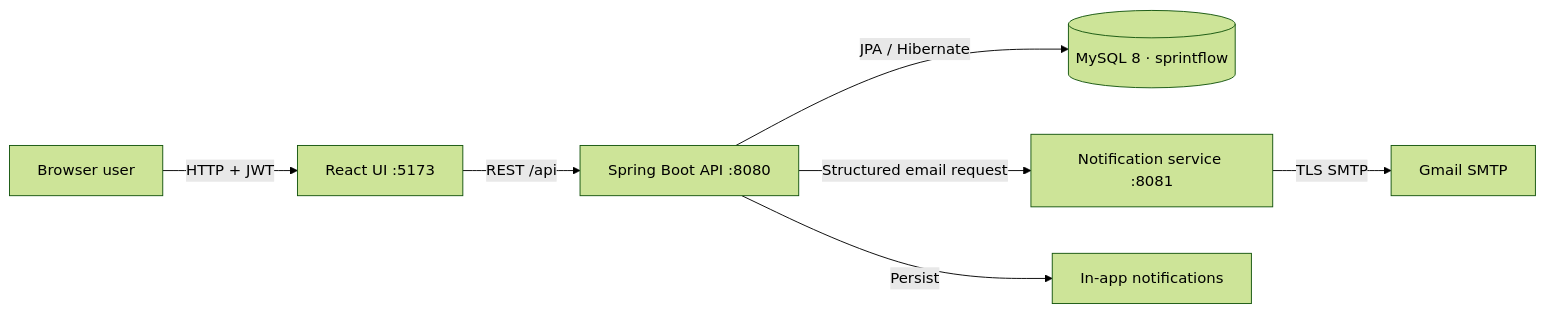
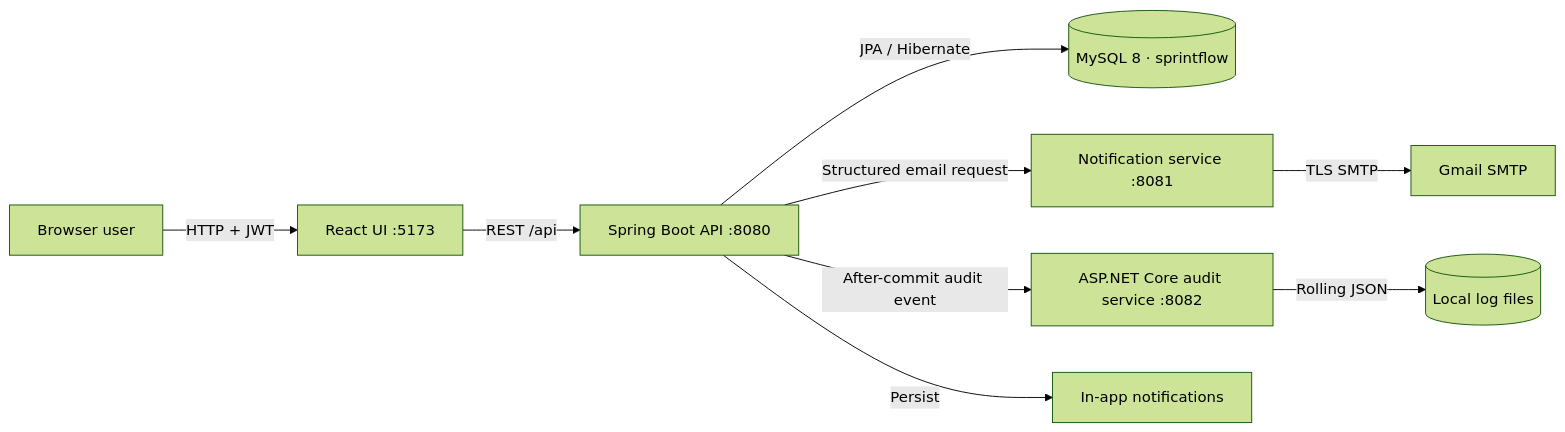
One commit to pranavdeulkar404/CDAC-Project-G81-Feb-26 changed the first of 2 diagrams in SprintFlow/START_HERE.md. Above: the diagram before and after it, drawn with Mermaid (forest theme). The commit also changed other lines of this file and 74 other files, not shown here.

Commit message:
Integrated AI task and bug drafting with .NET audit telemetry

````diff
--- a/SprintFlow/START_HERE.md
+++ b/SprintFlow/START_HERE.md
@@ -17,9 +18,11 @@
 ```mermaid
 flowchart LR
     U["Browser user"] -->|HTTP + JWT| UI["React UI :5173"]
     UI -->|REST /api| API["Spring Boot API :8080"]
     API -->|JPA / Hibernate| DB[("MySQL 8 · sprintflow")]
     API -->|Structured email request| MAIL["Notification service :8081"]
     MAIL -->|TLS SMTP| GMAIL["Gmail SMTP"]
+    API -->|After-commit audit event| AUDIT["ASP.NET Core audit service :8082"]
+    AUDIT -->|Rolling JSON| LOGS[("Local log files")]
     API -->|Persist| INAPP["In-app notifications"]
 ```
````
